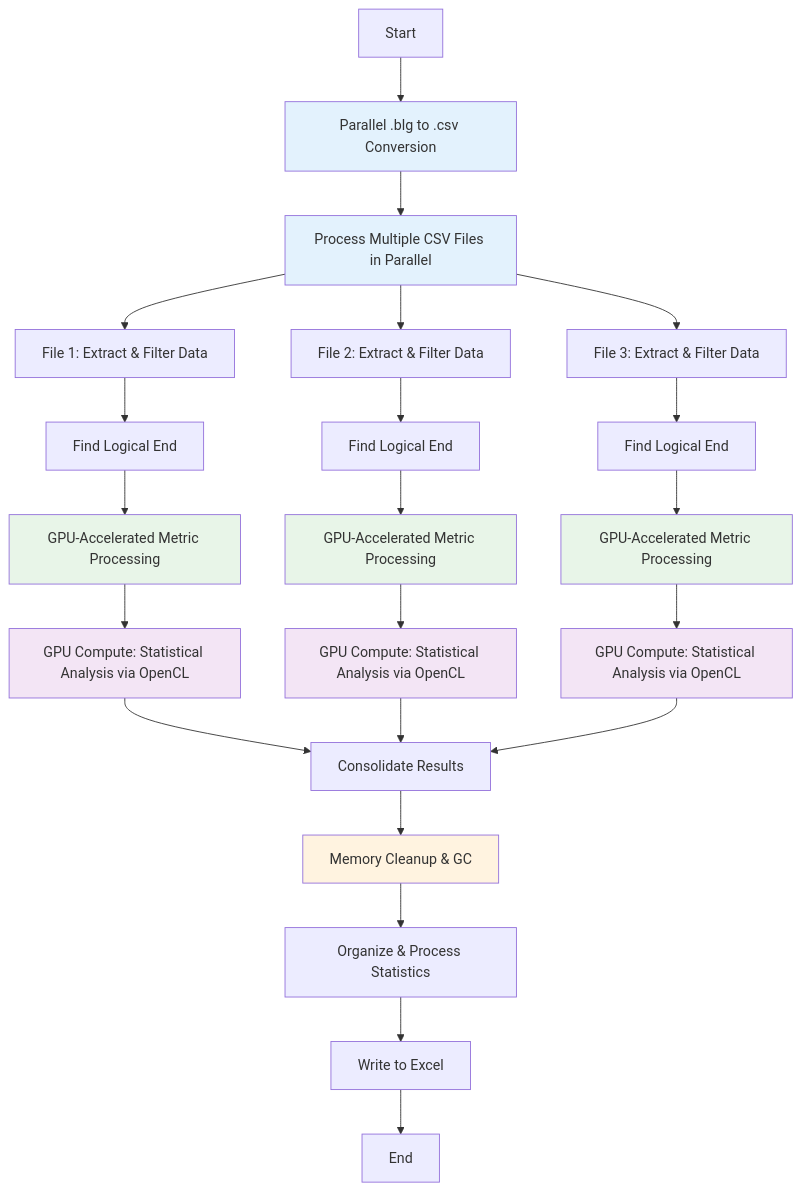
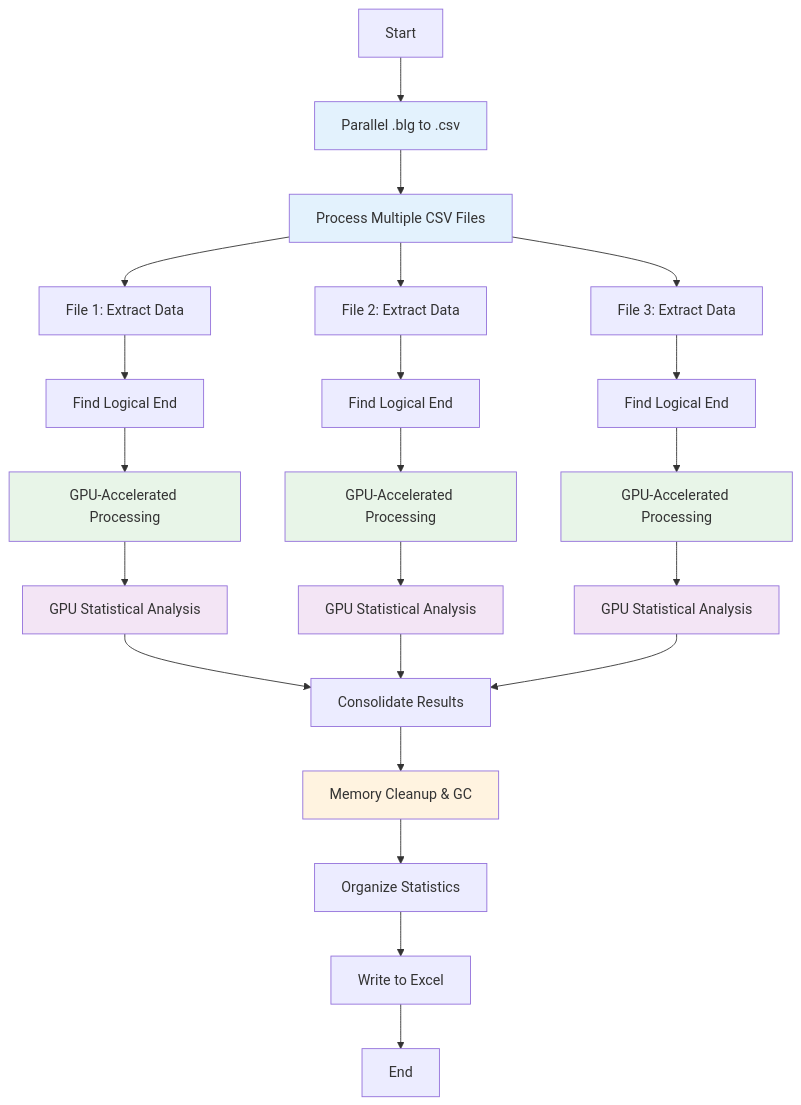
Before and after one commit to Mahesh-MSFT/perfmon-analysis: the third of 3 diagrams in README.md, drawn with Mermaid. The commit also changed other lines of this file, not shown here.

Commit message:
refactor: Simplify flowchart labels for clarity in processing options

````diff
--- a/README.md
+++ b/README.md
@@ -151,40 +151,40 @@
 ```mermaid
 flowchart TD
-    A[Start] --> B[Parallel .blg to .csv Conversion]
-    B --> C[Process Multiple CSV Files in Parallel]
+    A[Start] --> B[Parallel .blg to .csv]
+    B --> C[Process Multiple CSV Files]
     
-    C --> D1[File 1: Extract & Filter Data]
-    C --> D2[File 2: Extract & Filter Data] 
-    C --> D3[File 3: Extract & Filter Data]
+    C --> D1[File 1: Extract Data]
+    C --> D2[File 2: Extract Data] 
+    C --> D3[File 3: Extract Data]
     
     D1 --> E1[Find Logical End]
     D2 --> E2[Find Logical End]
     D3 --> E3[Find Logical End]
     
-    E1 --> F1[GPU-Accelerated Metric Processing]
-    E2 --> F2[GPU-Accelerated Metric Processing]
-    E3 --> F3[GPU-Accelerated Metric Processing]
+    E1 --> F1[GPU-Accelerated Processing]
+    E2 --> F2[GPU-Accelerated Processing]
+    E3 --> F3[GPU-Accelerated Processing]
     
-    F1 --> G1[GPU Compute: Statistical Analysis via OpenCL]
-    F2 --> G2[GPU Compute: Statistical Analysis via OpenCL]
-    F3 --> G3[GPU Compute: Statistical Analysis via OpenCL]
+    F1 --> G1[GPU Statistical Analysis]
+    F2 --> G2[GPU Statistical Analysis]
+    F3 --> G3[GPU Statistical Analysis]
     
     G1 --> H[Consolidate Results]
     G2 --> H
     G3 --> H
     
     H --> I[Memory Cleanup & GC]
-    I --> J[Organize & Process Statistics]
+    I --> J[Organize Statistics]
     J --> K[Write to Excel]
     K --> L[End]
     
     style B fill:#e3f2fd
     style C fill:#e3f2fd
     style F1 fill:#e8f5e8
     style F2 fill:#e8f5e8
     style F3 fill:#e8f5e8
     style G1 fill:#f3e5f5
     style G2 fill:#f3e5f5
     style G3 fill:#f3e5f5
     style I fill:#fff3e0
 ```
````
